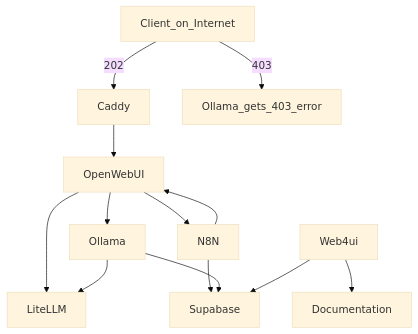
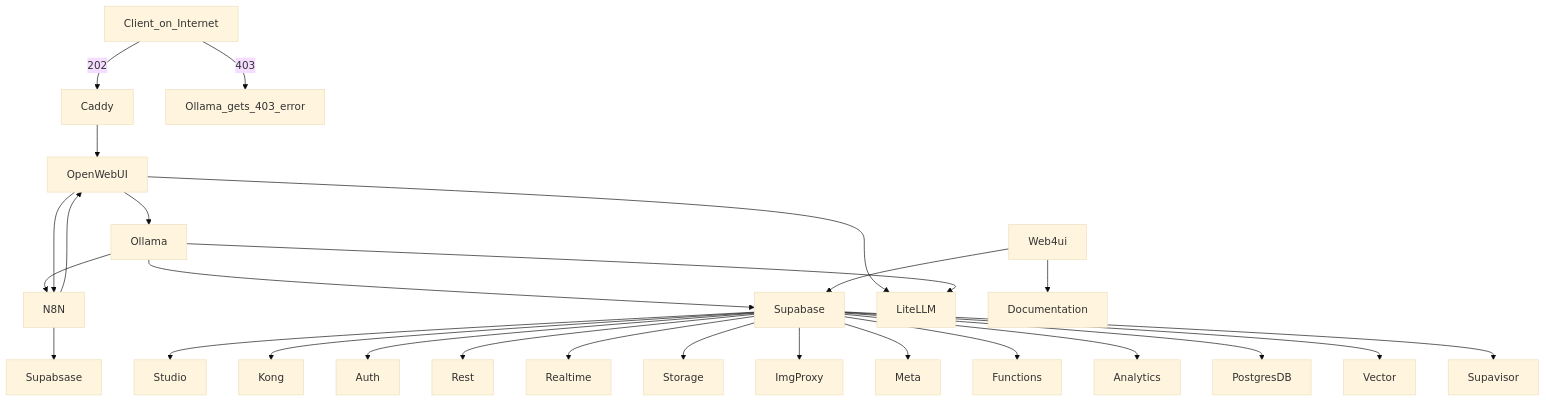
One commit to bozman2021/ai-services changed the diagram in README.md. Above: the diagram before and after it, drawn with Mermaid (base theme). The commit also changed other lines of this file, not shown here.

````diff
--- a/README.md
+++ b/README.md
@@ -105,16 +107,30 @@
 ```mermaid
 graph TD;
     Client_on_Internet-->|202|Caddy;
     Caddy-->OpenWebUI;
     OpenWebUI-->Ollama;
+    Ollama-->N8N;
+    N8N-->Supabsase;
+    Supabase-->Studio;
+    Supabase-->Kong;
+    Supabase-->Auth;
+    Supabase-->Rest;
+    Supabase-->Realtime;
+    Supabase-->Storage;
+    Supabase-->ImgProxy;
+    Supabase-->Meta;
+    Supabase-->Functions;
+    Supabase-->Analytics;
+    Supabase-->PostgresDB;
+    Supabase-->Vector;
+    Supabase-->Supavisor;
     OpenWebUI-->N8N;
-    N8N-->Supabase;
     N8N-->OpenWebUI;
     OpenWebUI-->LiteLLM;
     Ollama-->LiteLLM;
     Ollama-->Supabase;
     Web4ui-->Supabase;
     Web4ui-->Documentation;
     Client_on_Internet-->|403|Ollama_gets_403_error;
 
 ```
````
